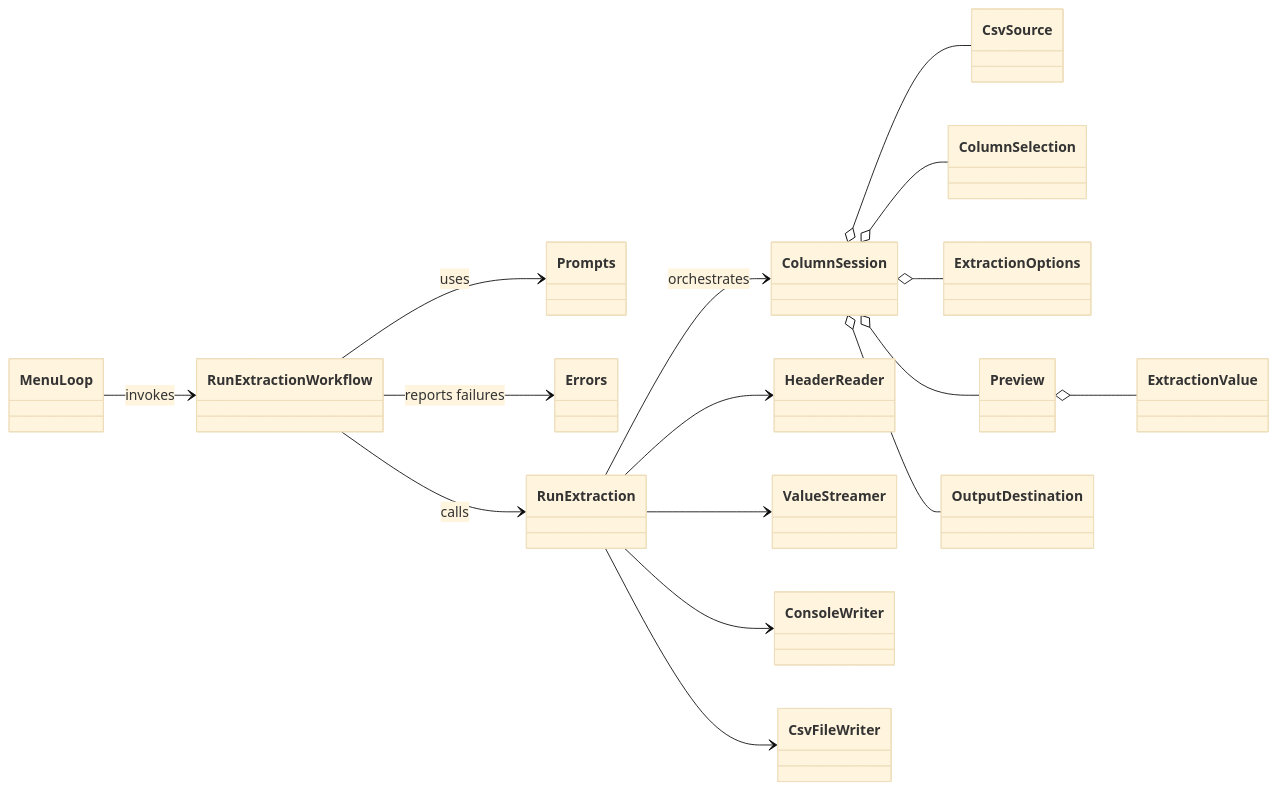
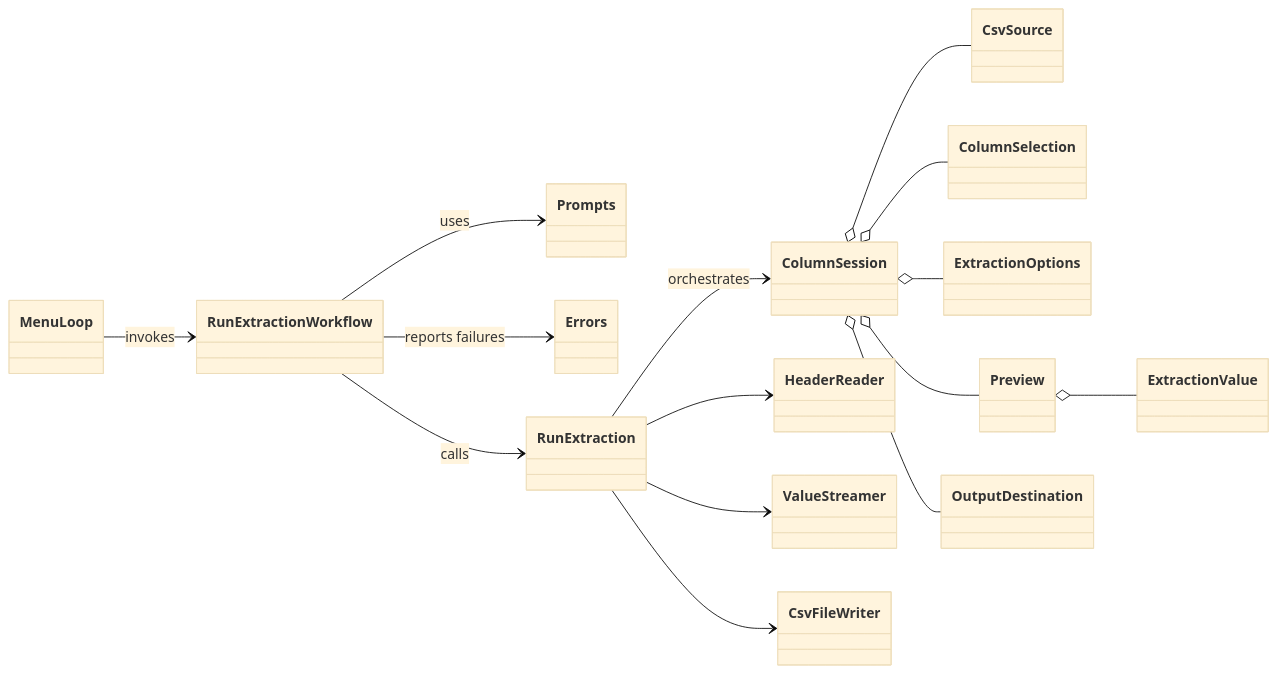
One commit to RobertAndrewHall/csvops changed the first of 4 diagrams in docs/architecture.md. Above: the diagram before and after it, drawn with Mermaid (base theme). The commit also changed other lines of this file, not shown here.

Commit message:
Align architecture Mermaid diagrams with writer adapter dependencies

````diff
--- a/docs/architecture.md
+++ b/docs/architecture.md
@@ -154,36 +154,34 @@
 ```mermaid
 classDiagram
   direction LR
   class MenuLoop
   class RunExtractionWorkflow
   class Prompts
   class Errors
   class RunExtraction
   class ColumnSession
   class CsvSource
   class ColumnSelection
   class ExtractionOptions
   class Preview
   class ExtractionValue
   class OutputDestination
   class HeaderReader
   class ValueStreamer
-  class ConsoleWriter
   class CsvFileWriter
 
   MenuLoop --> RunExtractionWorkflow : invokes
   RunExtractionWorkflow --> Prompts : uses
   RunExtractionWorkflow --> Errors : reports failures
   RunExtractionWorkflow --> RunExtraction : calls
   RunExtraction --> ColumnSession : orchestrates
   ColumnSession o-- CsvSource
   ColumnSession o-- ColumnSelection
   ColumnSession o-- ExtractionOptions
   ColumnSession o-- Preview
   Preview o-- ExtractionValue
   ColumnSession o-- OutputDestination
   RunExtraction --> HeaderReader
   RunExtraction --> ValueStreamer
-  RunExtraction --> ConsoleWriter
   RunExtraction --> CsvFileWriter
 ```
````
